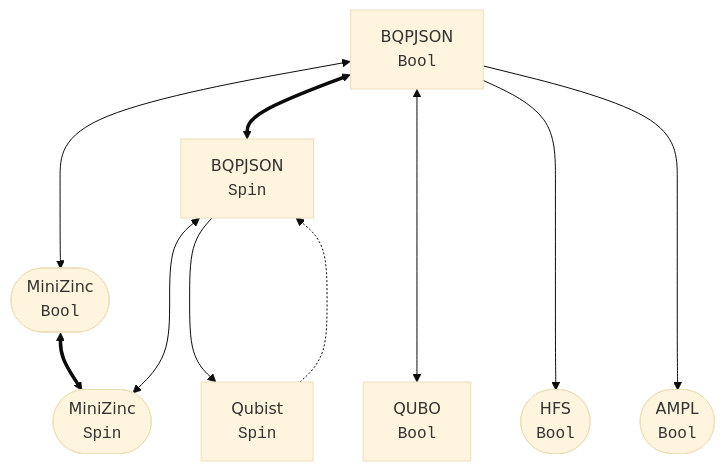
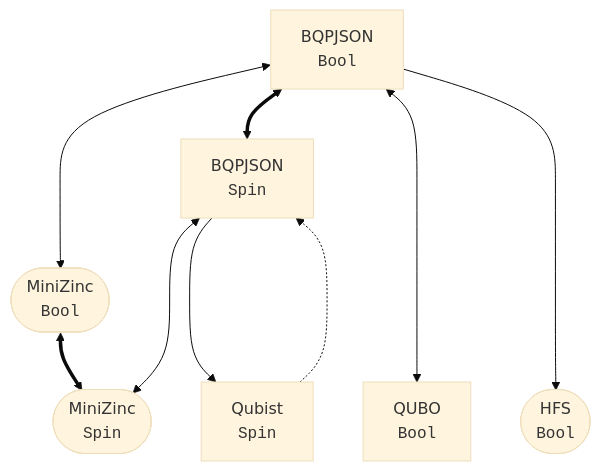
Before and after one commit to JuliaQUBO/QUBOTools.jl: the diagram in README.md, drawn with Mermaid (base theme). The commit also changed other lines of this file and 4 other files, not shown here.

````diff
--- a/README.md
+++ b/README.md
@@ -64,23 +64,21 @@
 ```mermaid
 flowchart TD;
     BQPJSON-BOOL["BQPJSON<br><code>Bool</code>"];
     BQPJSON-SPIN["BQPJSON<br><code>Spin</code>"];
     QUBO["QUBO<br><code>Bool</code>"];
     QUBIST["Qubist<br><code>Spin</code>"];
     MINIZINC-BOOL(["MiniZinc<br><code>Bool</code>"]);
     MINIZINC-SPIN(["MiniZinc<br><code>Spin</code>"]);
-    AMPL(["AMPL<br><code>Bool</code>"]);
     HFS(["HFS<br><code>Bool</code>"]);
 
     BQPJSON-BOOL  <==> BQPJSON-SPIN;
     MINIZINC-BOOL <==> MINIZINC-SPIN;
 
     BQPJSON-BOOL <---> MINIZINC-BOOL;
     BQPJSON-BOOL <----> QUBO;
     BQPJSON-BOOL ---->  HFS;
-    BQPJSON-BOOL ----> AMPL;
 
     BQPJSON-SPIN <---> MINIZINC-SPIN;
     BQPJSON-SPIN  --->  QUBIST;
     QUBIST       -..->  BQPJSON-SPIN;
 ```
````
